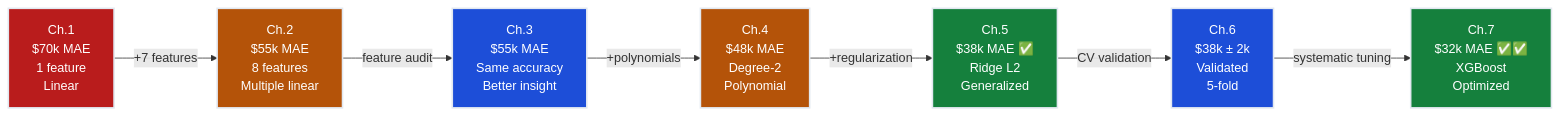
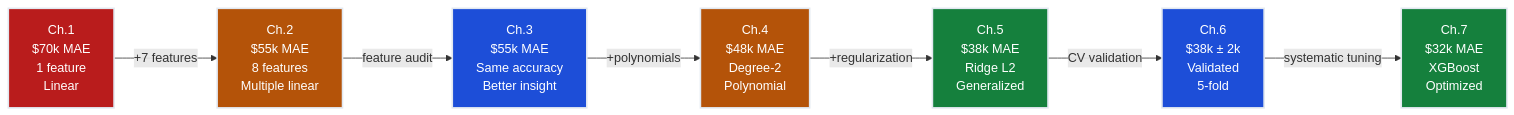
The fourth of 4 diagrams in notes/01-ml/01-regression/ch07_hyperparameter_tuning/README.md (dsgouda7/ai-portfolio), drawn with Mermaid before and after one commit. The commit also changed other lines of this file and 179 other files, not shown here.

````diff
--- a/notes/01-ml/01-regression/ch07_hyperparameter_tuning/README.md
+++ b/notes/01-ml/01-regression/ch07_hyperparameter_tuning/README.md
@@ -557,17 +557,17 @@
 ```mermaid
 flowchart LR
-    CH1["Ch.1\n$70k MAE\n1 feature\nLinear"] -->|"+7 features"| CH2["Ch.2\n$55k MAE\n8 features\nMultiple linear"]
-    CH2 -->|"feature audit"| CH3["Ch.3\n$55k MAE\nSame accuracy\nBetter insight"]
-    CH3 -->|"+polynomials"| CH4["Ch.4\n$48k MAE\nDegree-2\nPolynomial"]
-    CH4 -->|"+regularization"| CH5["Ch.5\n$38k MAE ✅\nRidge L2\nGeneralized"]
-    CH5 -->|"CV validation"| CH6["Ch.6\n$38k ± 2k\nValidated\n5-fold"]
-    CH6 -->|"systematic tuning"| CH7["Ch.7\n$32k MAE ✅✅\nXGBoost\nOptimized"]
+ CH1["Ch.1\n$70k MAE\n1 feature\nLinear"] -->|"+7 features"| CH2["Ch.2\n$55k MAE\n8 features\nMultiple linear"]
+ CH2 -->|"feature audit"| CH3["Ch.3\n$55k MAE\nSame accuracy\nBetter insight"]
+ CH3 -->|"+polynomials"| CH4["Ch.4\n$48k MAE\nDegree-2\nPolynomial"]
+ CH4 -->|"+regularization"| CH5["Ch.5\n$38k MAE \nRidge L2\nGeneralized"]
+ CH5 -->|"CV validation"| CH6["Ch.6\n$38k ± 2k\nValidated\n5-fold"]
+ CH6 -->|"systematic tuning"| CH7["Ch.7\n$32k MAE \nXGBoost\nOptimized"]
 
-    style CH1 fill:#b91c1c,stroke:#e2e8f0,stroke-width:2px,color:#ffffff
-    style CH2 fill:#b45309,stroke:#e2e8f0,stroke-width:2px,color:#ffffff
-    style CH3 fill:#1d4ed8,stroke:#e2e8f0,stroke-width:2px,color:#ffffff
-    style CH4 fill:#b45309,stroke:#e2e8f0,stroke-width:2px,color:#ffffff
-    style CH5 fill:#15803d,stroke:#e2e8f0,stroke-width:2px,color:#ffffff
-    style CH6 fill:#1d4ed8,stroke:#e2e8f0,stroke-width:2px,color:#ffffff
-    style CH7 fill:#15803d,stroke:#e2e8f0,stroke-width:2px,color:#ffffff
+ style CH1 fill:#b91c1c,stroke:#e2e8f0,stroke-width:2px,color:#ffffff
+ style CH2 fill:#b45309,stroke:#e2e8f0,stroke-width:2px,color:#ffffff
+ style CH3 fill:#1d4ed8,stroke:#e2e8f0,stroke-width:2px,color:#ffffff
+ style CH4 fill:#b45309,stroke:#e2e8f0,stroke-width:2px,color:#ffffff
+ style CH5 fill:#15803d,stroke:#e2e8f0,stroke-width:2px,color:#ffffff
+ style CH6 fill:#1d4ed8,stroke:#e2e8f0,stroke-width:2px,color:#ffffff
+ style CH7 fill:#15803d,stroke:#e2e8f0,stroke-width:2px,color:#ffffff
 ```
````
